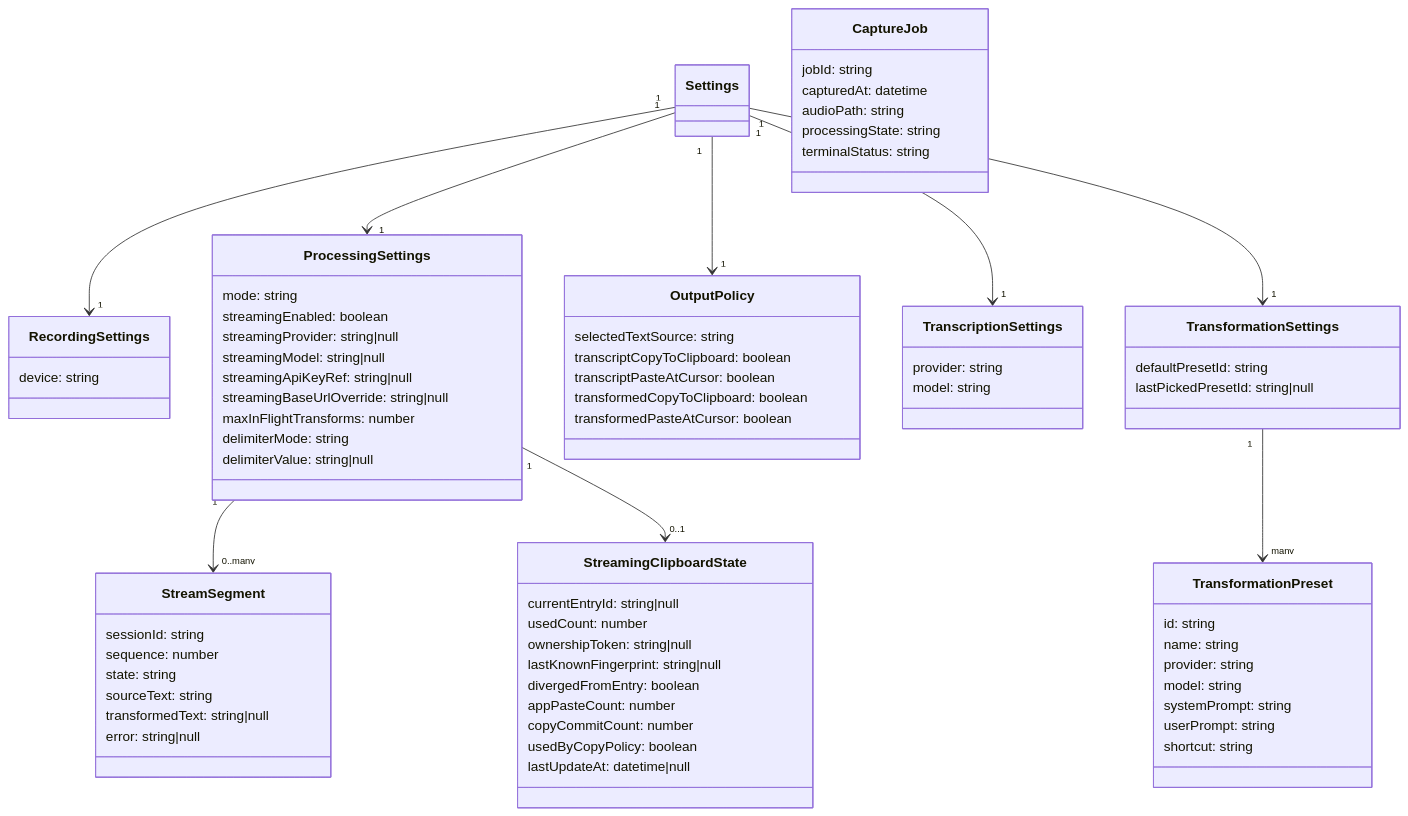
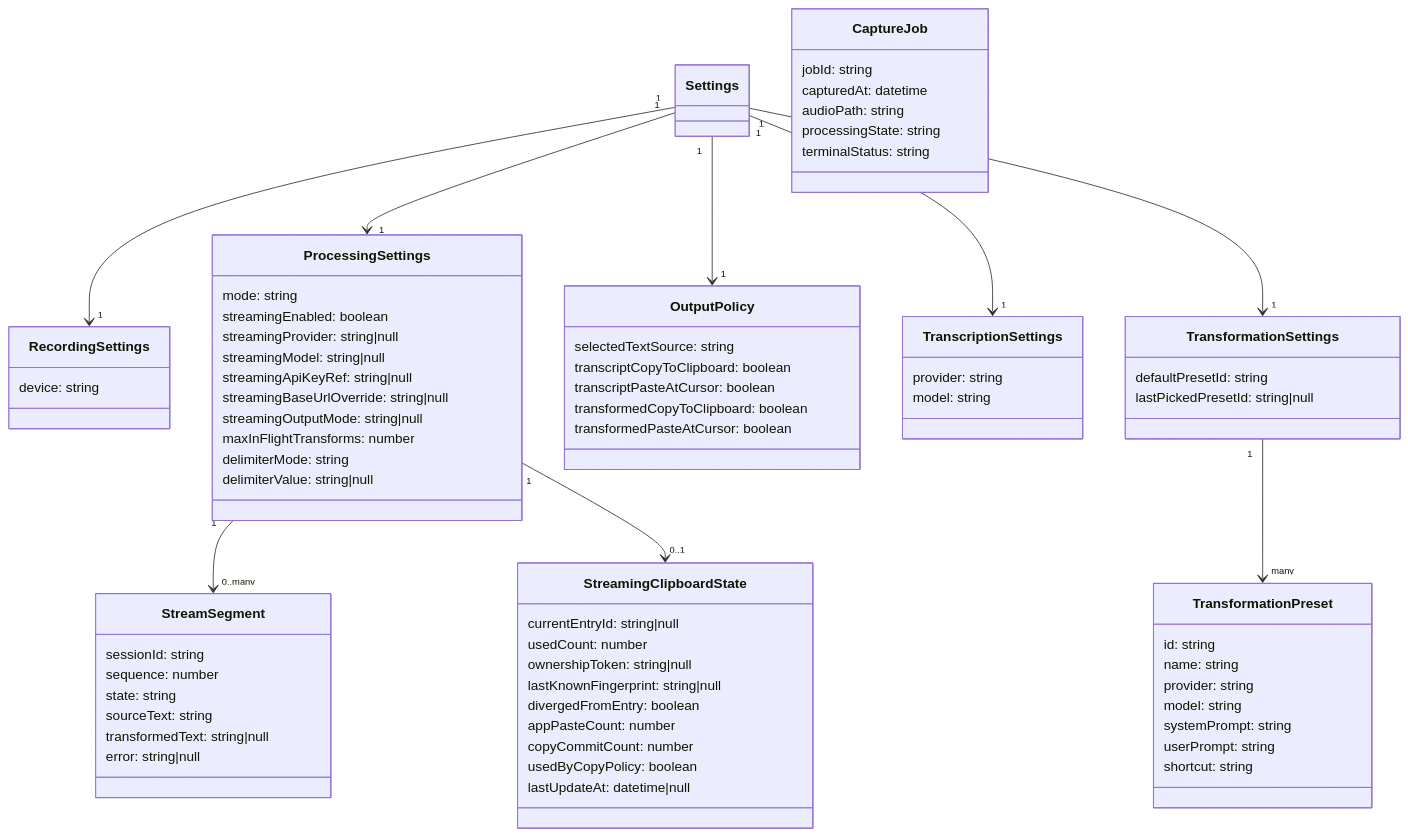
Before and after one commit to massun-onibakuchi/speech-to-text-app: the second of 8 diagrams in specs/spec.md, drawn with Mermaid. The commit also changed other lines of this file and 2 other files, not shown here.

Commit message:
Clarify streaming paste-only output semantics

```diff
--- a/specs/spec.md
+++ b/specs/spec.md
@@ -433,6 +434,7 @@
     streamingModel: string|null
     streamingApiKeyRef: string|null
     streamingBaseUrlOverride: string|null
+    streamingOutputMode: string|null
     maxInFlightTransforms: number
     delimiterMode: string
     delimiterValue: string|null
```
